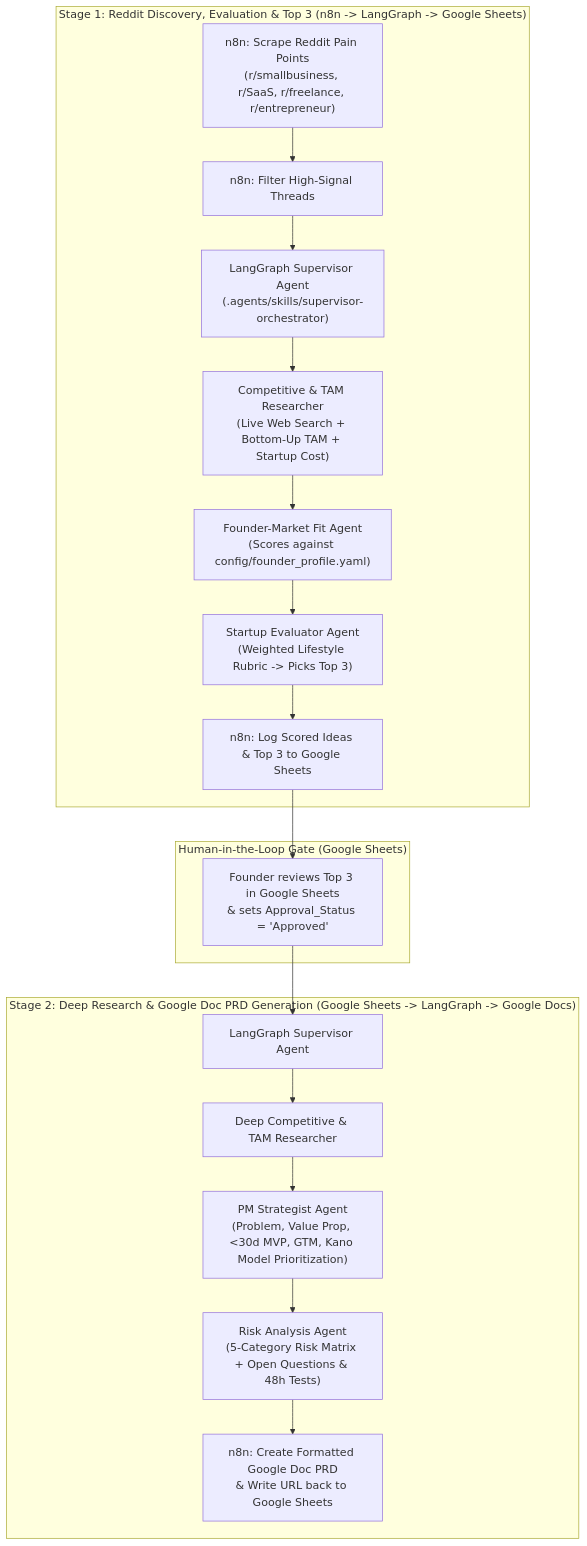
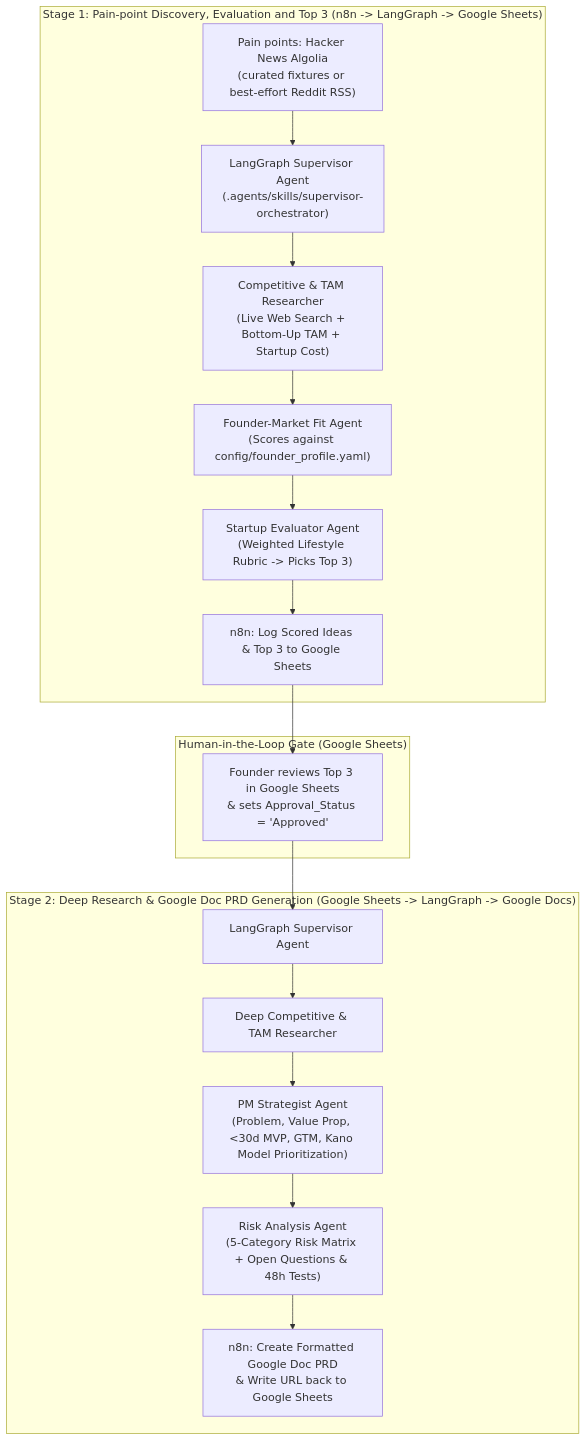
Before and after one commit to VJGit1/startup_scout: the diagram in README.md, drawn with Mermaid. The commit also changed other lines of this file and 19 other files, not shown here.

First line of the commit message:
feat(pipeline): run discovery without the Reddit API

````diff
--- a/README.md
+++ b/README.md
@@ -11,23 +11,22 @@
 ```mermaid
 flowchart TD
-    subgraph Stage1["Stage 1: Reddit Discovery, Evaluation & Top 3 (n8n -> LangGraph -> Google Sheets)"]
-        R["n8n: Scrape Reddit Pain Points\n(r/smallbusiness, r/SaaS, r/freelance, r/entrepreneur)"] --> F["n8n: Filter High-Signal Threads"]
-        F --> S1["LangGraph Supervisor Agent\n(.agents/skills/supervisor-orchestrator)"]
+    subgraph Stage1["Stage 1: Pain-point Discovery, Evaluation and Top 3 (n8n -> LangGraph -> Google Sheets)"]
+        R["Pain points: Hacker News Algolia\n(curated fixtures or best-effort Reddit RSS)"] --> S1["LangGraph Supervisor Agent\n(.agents/skills/supervisor-orchestrator)"]
         S1 --> CR["Competitive & TAM Researcher\n(Live Web Search + Bottom-Up TAM + Startup Cost)"]
         CR --> FMF["Founder-Market Fit Agent\n(Scores against config/founder_profile.yaml)"]
         FMF --> SE["Startup Evaluator Agent\n(Weighted Lifestyle Rubric -> Picks Top 3)"]
         SE --> GS["n8n: Log Scored Ideas & Top 3 to Google Sheets"]
     end
 
     subgraph HITL["Human-in-the-Loop Gate (Google Sheets)"]
         GS --> H["Founder reviews Top 3 in Google Sheets\n& sets Approval_Status = 'Approved'"]
     end
 
     subgraph Stage2["Stage 2: Deep Research & Google Doc PRD Generation (Google Sheets -> LangGraph -> Google Docs)"]
         H --> S2["LangGraph Supervisor Agent"]
         S2 --> DR["Deep Competitive & TAM Researcher"]
         DR --> PM["PM Strategist Agent\n(Problem, Value Prop, <30d MVP, GTM, Kano Model Prioritization)"]
         PM --> RA["Risk Analysis Agent\n(5-Category Risk Matrix + Open Questions & 48h Tests)"]
         RA --> GD["n8n: Create Formatted Google Doc PRD\n& Write URL back to Google Sheets"]
     end
 ```
````
